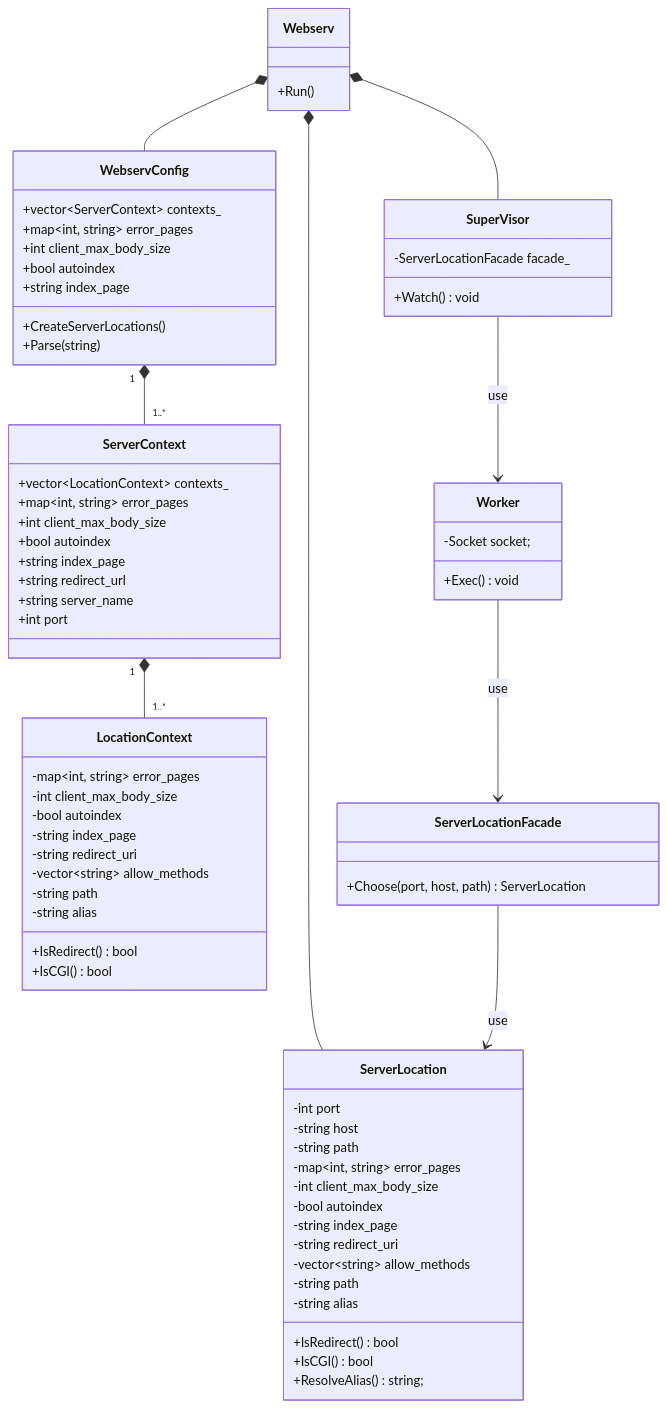
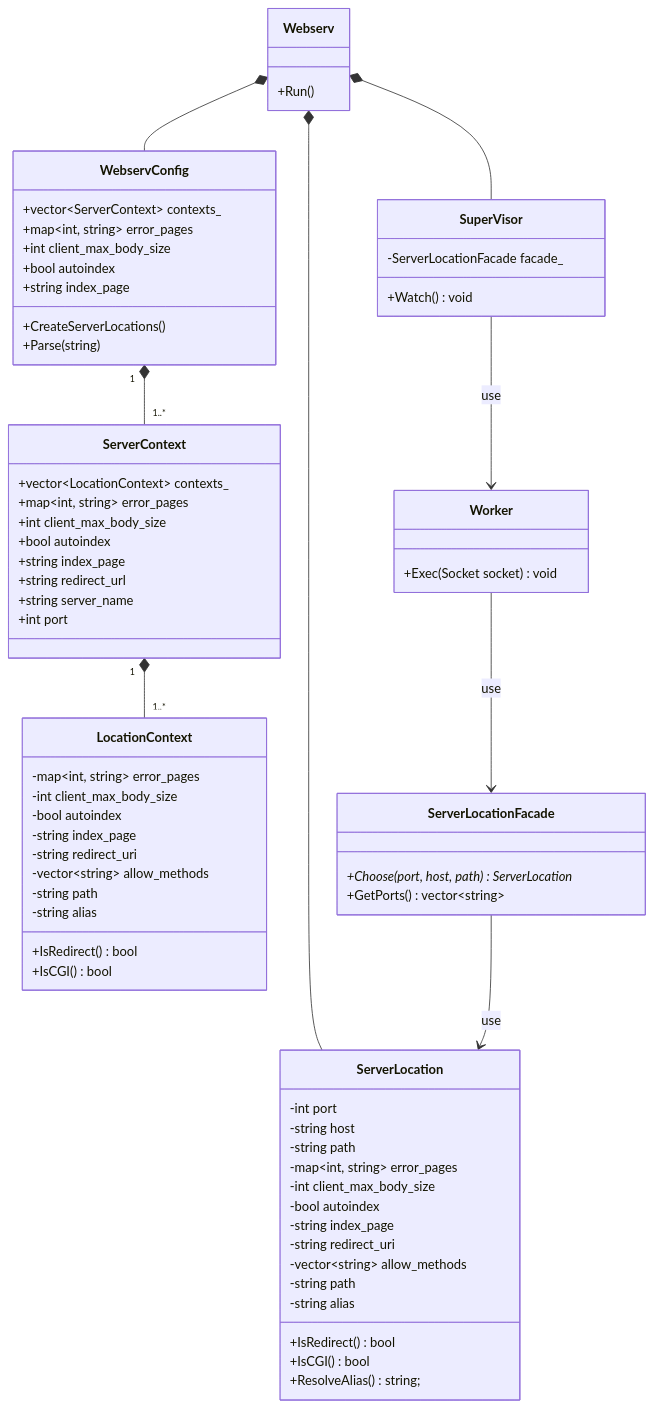
The diagram in docs/class/config_class.md (katataku/webserv), drawn with Mermaid before and after one commit. The commit also changed other lines of this file and 23 other files, not shown here.

```diff
--- a/docs/class/config_class.md
+++ b/docs/class/config_class.md
@@ -57,13 +57,13 @@
     %% Socketを元に具体的な処理を担当する。 %%
     %% Requestを受け付けてResponseの返却をする %%
     class Worker {
-        -Socket socket;
-        +Exec() void
+        +Exec(Socket socket) void
     }
 
     %% どのServerLocationを使用するかを決定する責務 %%
     class ServerLocationFacade {
-        +Choose(port, host, path) ServerLocation
+        +Choose(port, host, path) ServerLocation*
+        +GetPorts() vector~string~
     }
 
     %% configを元に各locationごとの設定 %%
```
